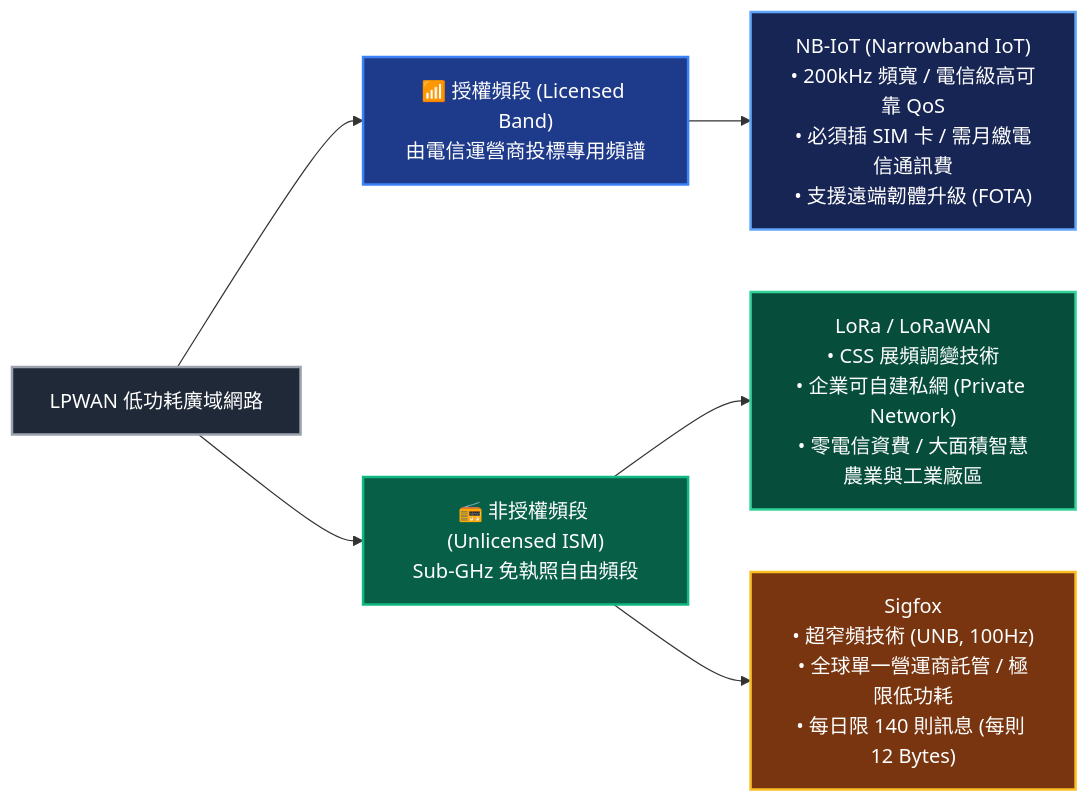
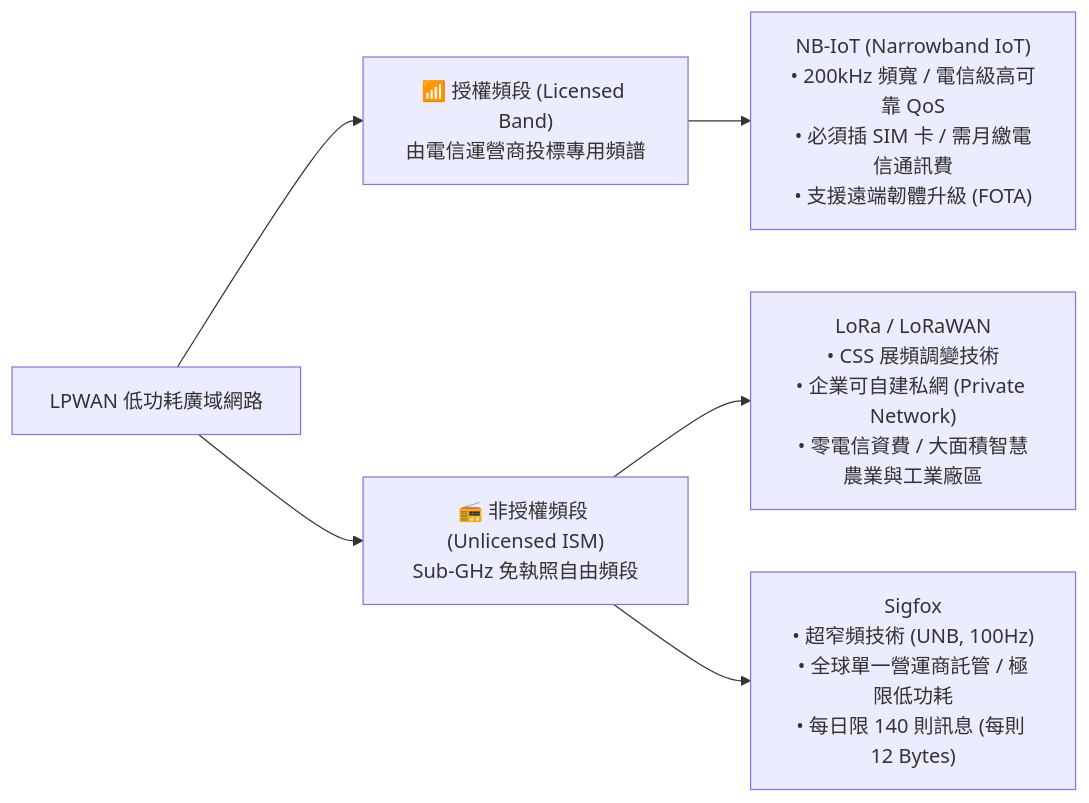
Before and after one commit to ta-lang/iPAS_Test: the third of 5 diagrams in exam/notes/aiot/s1_AIoT基礎概論/L112_AIoT基礎與架構.md, drawn with Mermaid. The commit also changed other lines of this file and 16 other files, not shown here.

Commit message:
fix(mermaid): remove hardcoded styles, add high-contrast theme CSS, and forbid color styling in SOP

````diff
--- a/exam/notes/aiot/s1_AIoT基礎概論/L112_AIoT基礎與架構.md
+++ b/exam/notes/aiot/s1_AIoT基礎概論/L112_AIoT基礎與架構.md
@@ -113,17 +96,11 @@
 ```mermaid
 flowchart LR
     ROOT["LPWAN 低功耗廣域網路"] --> LIC["📶 授權頻段 (Licensed Band)<br>由電信運營商投標專用頻譜"]
     ROOT --> UNLIC["📻 非授權頻段 (Unlicensed ISM)<br>Sub-GHz 免執照自由頻段"]
 
     LIC --> NBIOT["NB-IoT (Narrowband IoT)<br>• 200kHz 頻寬 / 電信級高可靠 QoS<br>• 必須插 SIM 卡 / 需月繳電信通訊費<br>• 支援遠端韌體升級 (FOTA)"]
 
     UNLIC --> LORA["LoRa / LoRaWAN<br>• CSS 展頻調變技術<br>• 企業可自建私網 (Private Network)<br>• 零電信資費 / 大面積智慧農業與工業廠區"]
     UNLIC --> SIG["Sigfox<br>• 超窄頻技術 (UNB, 100Hz)<br>• 全球單一營運商託管 / 極限低功耗<br>• 每日限 140 則訊息 (每則 12 Bytes)"]
 
-    style ROOT fill:#1f2937,stroke:#9ca3af,stroke-width:2px,color:#fff
-    style LIC fill:#1e3a8a,stroke:#3b82f6,stroke-width:2px,color:#fff
-    style UNLIC fill:#065f46,stroke:#10b981,stroke-width:2px,color:#fff
-    style NBIOT fill:#172554,stroke:#60a5fa,stroke-width:2px,color:#fff
-    style LORA fill:#064e3b,stroke:#34d399,stroke-width:2px,color:#fff
-    style SIG fill:#78350f,stroke:#fbbf24,stroke-width:2px,color:#fff
 ```
````
